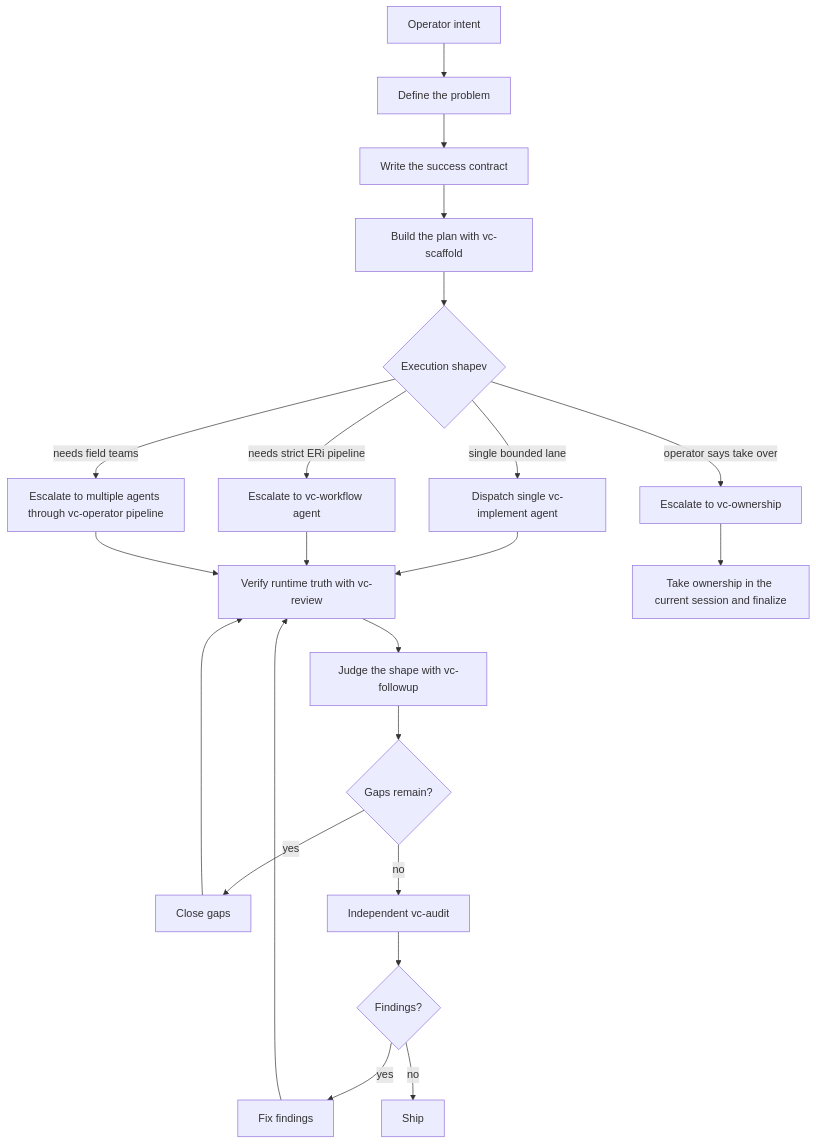
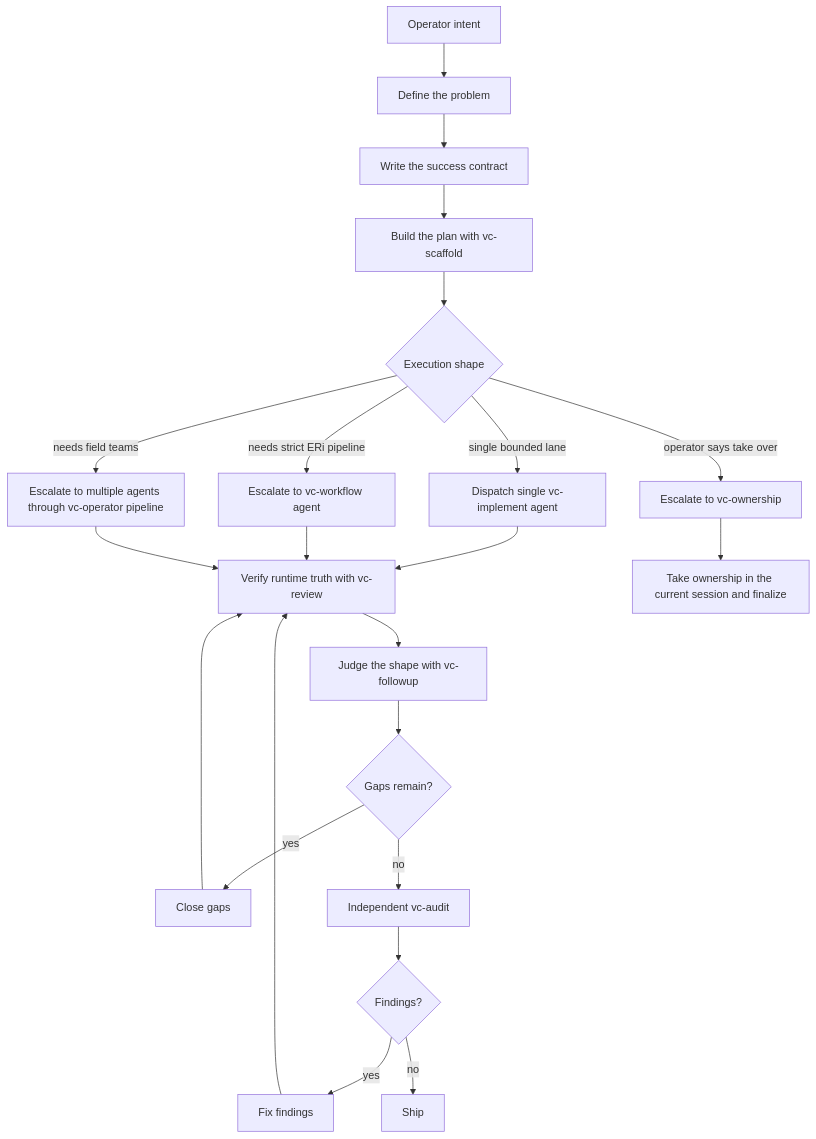
One commit to VetCoders/VibeCrafted changed the diagram in skills/vc-partner/FLOW.md. Above: the diagram before and after it, drawn with Mermaid. The commit also changed other lines of this file and 18 other files, not shown here.

````diff
--- a/skills/vc-partner/FLOW.md
+++ b/skills/vc-partner/FLOW.md
@@ -11,28 +11,28 @@
 ```mermaid
 flowchart TD
     A[Operator intent] --> B[Define the problem]
     B --> C[Write the success contract]
     C --> D[Build the plan with vc-scaffold]
-    D --> E{Execution shapev}
+    D --> E{Execution shape}
 
     E -->|single bounded lane| F[Dispatch single vc-implement agent]
     E -->|needs strict ERi pipeline| G[Escalate to vc-workflow agent]
     E -->|needs field teams| H[Escalate to multiple agents through vc-operator pipeline]
     E -->|operator says take over| I[Escalate to vc-ownership]
 
     F --> J[Verify runtime truth with vc-review]
     G --> J
     H --> J
 
     J --> K[Judge the shape with vc-followup]
     K --> L{Gaps remain?}
     L -->|yes| M[Close gaps]
     M --> J
     L -->|no| N[Independent vc-audit]
     N --> O{Findings?}
     O -->|yes| P[Fix findings]
     P --> J
     O -->|no| Q[Ship]
 
     I --> R[Take ownership in the current session and finalize]
 ```
````
